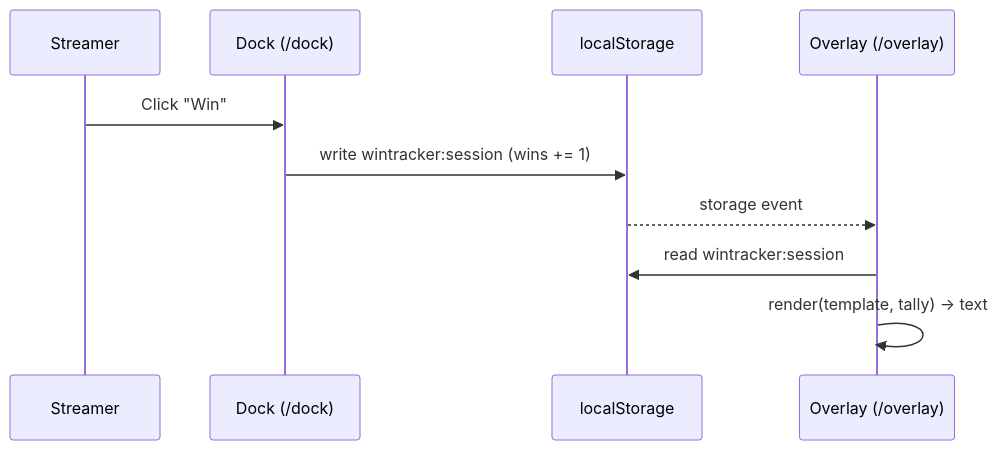
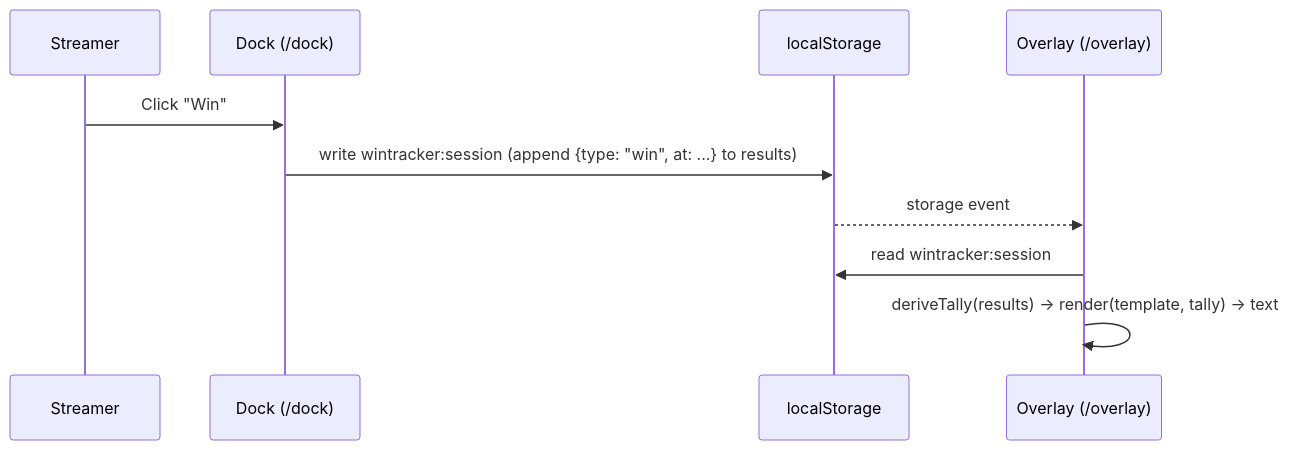
Before and after one commit to hk0i/streakingftw: the second of 2 diagrams in docs/2026-08-21-EDD.md, drawn with Mermaid. The commit also changed other lines of this file, not shown here.

Commit message:
[docs] change: results event log replaces flat counters + lastAction

````diff
--- a/docs/2026-08-21-EDD.md
+++ b/docs/2026-08-21-EDD.md
@@ -122,13 +128,13 @@
 ```mermaid
 sequenceDiagram
     participant S as Streamer
     participant D as Dock (/dock)
     participant LS as localStorage
     participant O as Overlay (/overlay)
 
     S->>D: Click "Win"
-    D->>LS: write wintracker:session (wins += 1)
+    D->>LS: write wintracker:session (append {type: "win", at: ...} to results)
     LS-->>O: storage event
     O->>LS: read wintracker:session
-    O->>O: render(template, tally) → text
+    O->>O: deriveTally(results) → render(template, tally) → text
 ```
````
